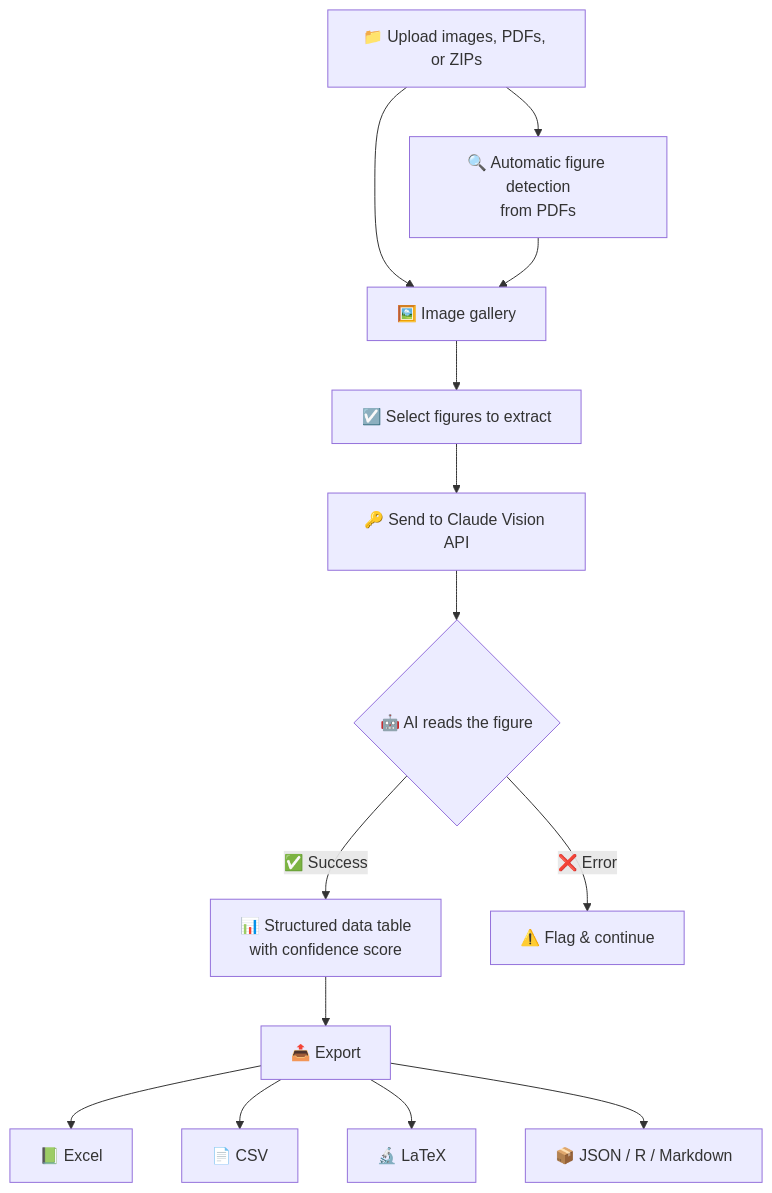
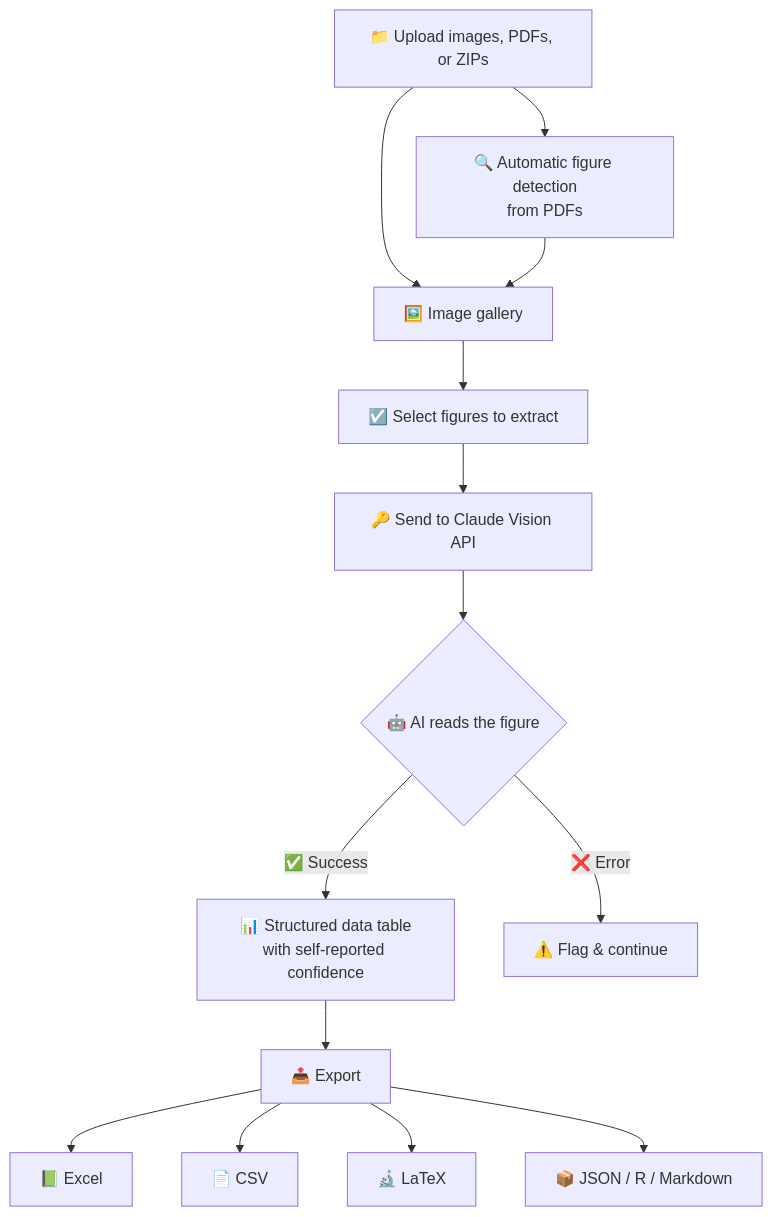
Before and after one commit to tommycarstensen/plotpick: the diagram in README.md, drawn with Mermaid. The commit also changed other lines of this file and 3 other files, not shown here.

````diff
--- a/README.md
+++ b/README.md
@@ -22,16 +22,16 @@
 ```mermaid
 flowchart TD
     A["📁 Upload images, PDFs, or ZIPs"] --> B["🔍 Automatic figure detection<br/>from PDFs"]
     A --> C["🖼️ Image gallery"]
     B --> C
     C --> D["☑️ Select figures to extract"]
     D --> E["🔑 Send to Claude Vision API"]
     E --> F{"🤖 AI reads the figure"}
-    F -->|✅ Success| G["📊 Structured data table<br/>with confidence score"]
+    F -->|✅ Success| G["📊 Structured data table<br/>with self-reported confidence"]
     F -->|❌ Error| H["⚠️ Flag & continue"]
     G --> I["📤 Export"]
     I --> J["📗 Excel"]
     I --> K["📄 CSV"]
     I --> L["🔬 LaTeX"]
     I --> M["📦 JSON / R / Markdown"]
 ```
````
